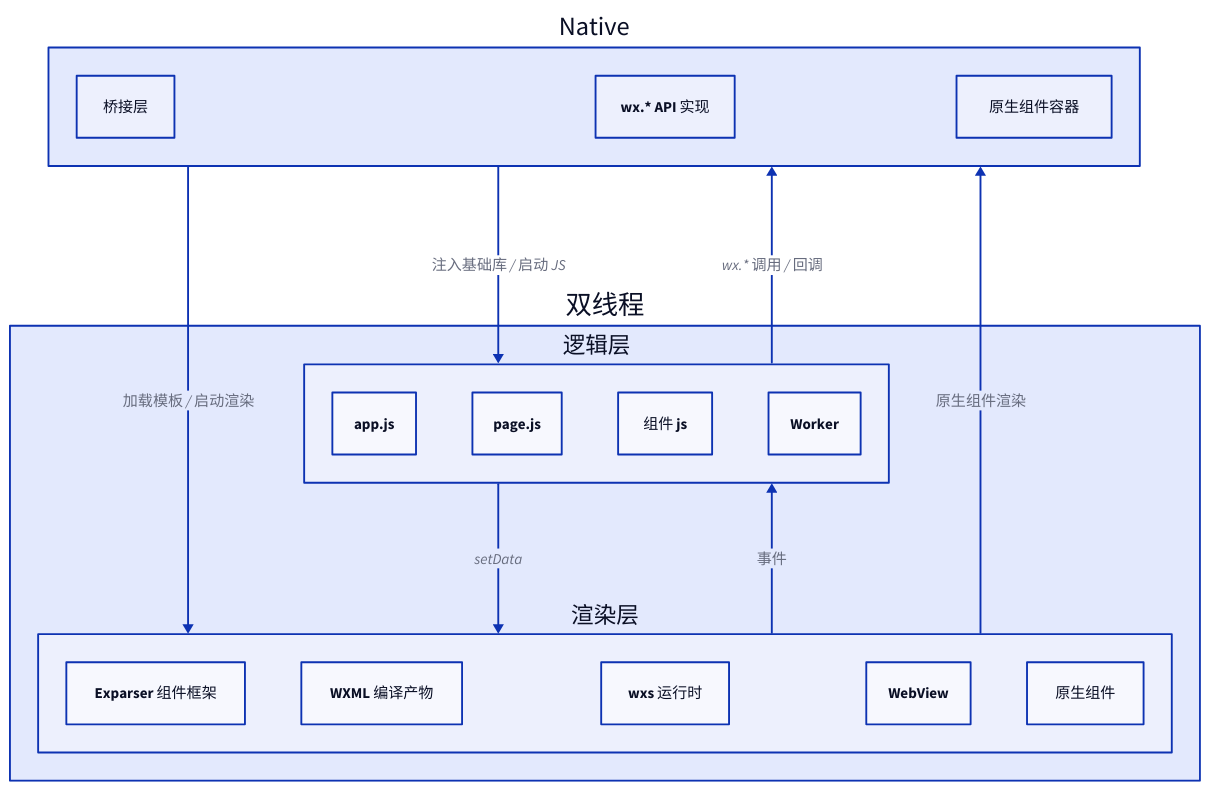
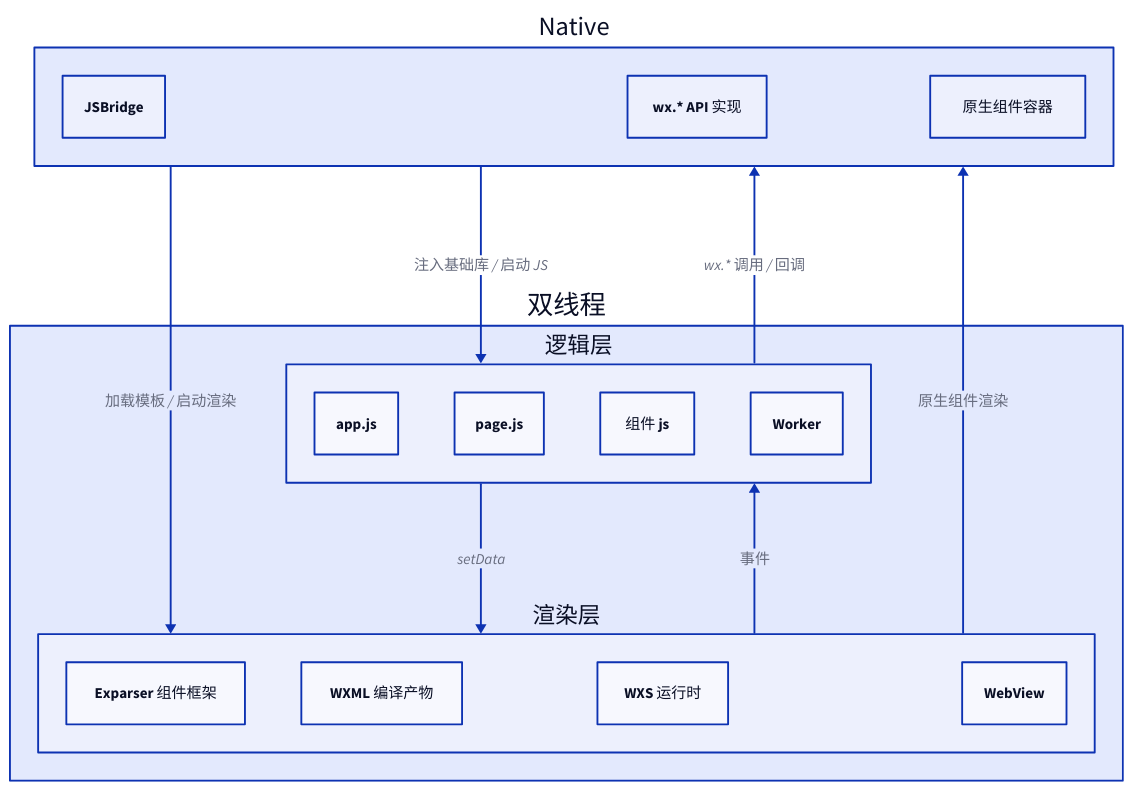
One commit to youngluo/thinking changed the third of 10 diagrams in apps/docs/experiences/微信小程序/原理与实践.md. Above: the diagram before and after it, drawn with D2. The commit also changed other lines of this file and 1 other file, not shown here.

````diff
--- a/apps/docs/experiences/微信小程序/原理与实践.md
+++ b/apps/docs/experiences/微信小程序/原理与实践.md
@@ -87,54 +104,49 @@
 ```d2
 direction: down
 
 native: Native {
   class: group
   direction: right
 
-  bridge: 桥接层
+  bridge: JSBridge
   wxapi: wx.* API 实现
   nativecom: 原生组件容器
 }
 
 threads: 双线程 {
   class: group
   direction: right
 
   logic: 逻辑层 {
     class: group
 
     appjs: app.js
     pagejs: page.js
     component: 组件 js
     worker: Worker
   }
 
   view: 渲染层 {
     class: group
 
     exparser: Exparser 组件框架
     wxml: WXML 编译产物
-    wxs_runtime: wxs 运行时
+    wxs_runtime: WXS 运行时
     webview: WebView
-    native_component: 原生组件
   }
 }
 
 # 启动阶段
 native -> threads.logic: 注入基础库 / 启动 JS
 native -> threads.view: 加载模板 / 启动渲染
 
 # 运行时通信
-threads.logic -> threads.view: setData {
-  style.stroke-width: 2
-}
-threads.view -> threads.logic: 事件 {
-  style.stroke-width: 2
-}
+threads.logic -> threads.view: setData
+threads.view -> threads.logic: 事件
 
 # 宿主能力
 threads.logic -> native: wx.* 调用 / 回调
 
 # 原生组件
 threads.view -> native: 原生组件渲染
 ```
````
